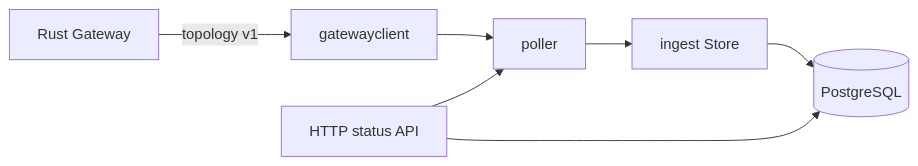
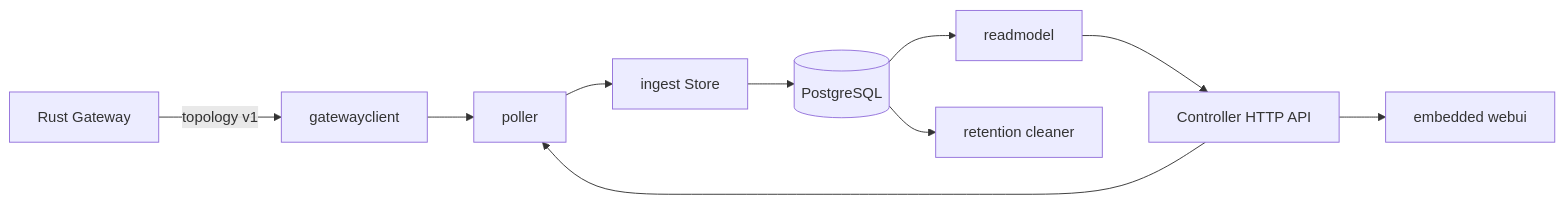
Before and after one commit to WuYouOwO/NexusTier: the diagram in docs/controller-code.zh-CN.md, drawn with Mermaid. The commit also changed other lines of this file and 7 other files, not shown here.

````diff
--- a/docs/controller-code.zh-CN.md
+++ b/docs/controller-code.zh-CN.md
@@ -12,9 +12,12 @@
 ```mermaid
 flowchart LR
     GW[Rust Gateway] -->|topology v1| CLIENT[gatewayclient]
     CLIENT --> WORKER[poller]
     WORKER --> STORE[ingest Store]
     STORE --> PG[(PostgreSQL)]
-    API[HTTP status API] --> WORKER
-    API --> PG
+    PG --> READ[readmodel]
+    PG --> RETENTION[retention cleaner]
+    READ --> API[Controller HTTP API]
+    API --> WEB[embedded webui]
+    API --> WORKER
 ```
````
